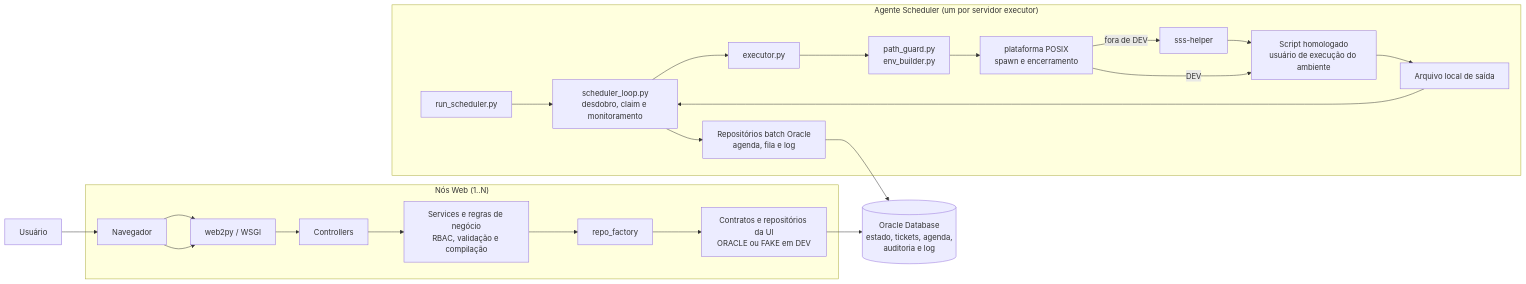
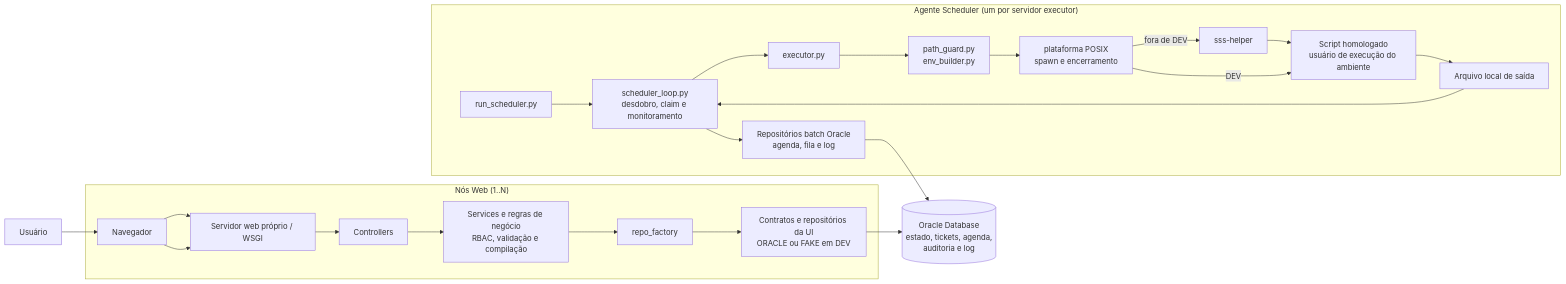
The first of 2 diagrams in applications/script_scheduling_service/README.md (ferreirasilvaeduardo/script_scheduling_service_web2py), drawn with Mermaid before and after one commit. The commit also changed other lines of this file and 10 other files, not shown here.

````diff
--- a/applications/script_scheduling_service/README.md
+++ b/applications/script_scheduling_service/README.md
@@ -3031,38 +3029,38 @@
 ```mermaid
 flowchart LR
     pessoa["Usuário"]
     browser["Navegador"]
 
     subgraph web["Nós Web (1..N)"]
-        wsgi["web2py / WSGI"]
+        wsgi["Servidor web próprio / WSGI"]
         controllers["Controllers"]
         services["Services e regras de negócio<br/>RBAC, validação e compilação"]
         factory["repo_factory"]
         ui_repos["Contratos e repositórios da UI<br/>ORACLE ou FAKE em DEV"]
         browser --> wsgi --> controllers --> services --> factory --> ui_repos
     end
 
     subgraph agente["Agente Scheduler (um por servidor executor)"]
         entry["run_scheduler.py"]
         loop["scheduler_loop.py<br/>desdobro, claim e monitoramento"]
         batch["Repositórios batch Oracle<br/>agenda, fila e log"]
         executor["executor.py"]
         guards["path_guard.py<br/>env_builder.py"]
         platform["plataforma POSIX<br/>spawn e encerramento"]
         helper["sss-helper"]
         script["Script homologado<br/>usuário de execução do ambiente"]
         local_log["Arquivo local de saída"]
         entry --> loop
         loop --> batch
         loop --> executor --> guards --> platform
         platform -->|"fora de DEV"| helper --> script
         platform -->|"DEV"| script
         script --> local_log
         local_log --> loop
     end
 
     oracle[("Oracle Database<br/>estado, tickets, agenda,<br/>auditoria e log")]
     pessoa --> browser --> wsgi
     ui_repos --> oracle
     batch --> oracle
 ```
````
